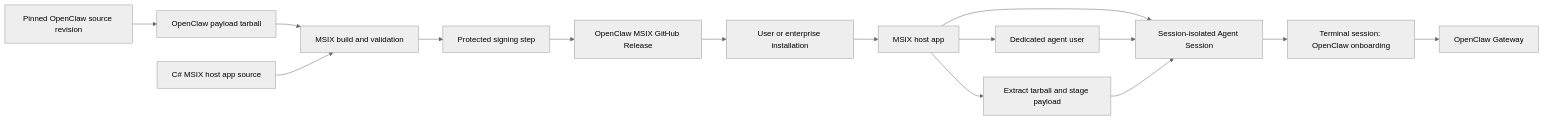
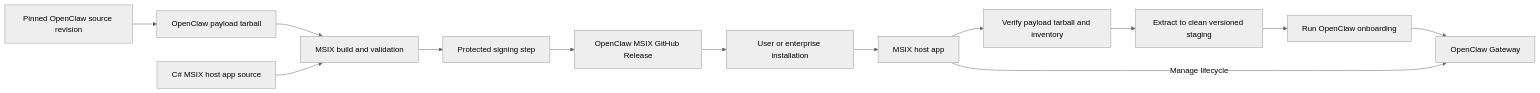
Before and after one commit to xlinush/rfcs: the diagram in rfcs/0010-openclaw-msix-packaging.md, drawn with Mermaid (neutral theme). The commit also changed other lines of this file, not shown here.

First line of the commit message:
Refocus MSIX RFC on packaging lifecycle

````diff
--- a/rfcs/0010-openclaw-msix-packaging.md
+++ b/rfcs/0010-openclaw-msix-packaging.md
@@ -181,17 +178,15 @@
 ```mermaid
 flowchart LR
   Pin[Pinned OpenClaw source revision] --> Tarball[OpenClaw payload tarball]
   Tarball --> CI[MSIX build and validation]
   Host["C# MSIX host app source"] --> CI
   CI --> Sign[Protected signing step]
   Sign --> GH[OpenClaw MSIX GitHub Release]
   GH --> Install[User or enterprise installation]
   Install --> App[MSIX host app]
-  App --> User[Dedicated agent user]
-  App --> Session[Session-isolated Agent Session]
-  User --> Session
-  App --> Stage["Extract tarball and stage payload"]
-  Stage --> Session
-  Session --> Terminal["Terminal session: OpenClaw onboarding"]
-  Terminal --> Gateway[OpenClaw Gateway]
+  App --> Verify["Verify payload tarball and inventory"]
+  Verify --> Stage["Extract to clean versioned staging"]
+  Stage --> Onboarding["Run OpenClaw onboarding"]
+  Onboarding --> Gateway[OpenClaw Gateway]
+  App -->|Manage lifecycle| Gateway
 ```
````
